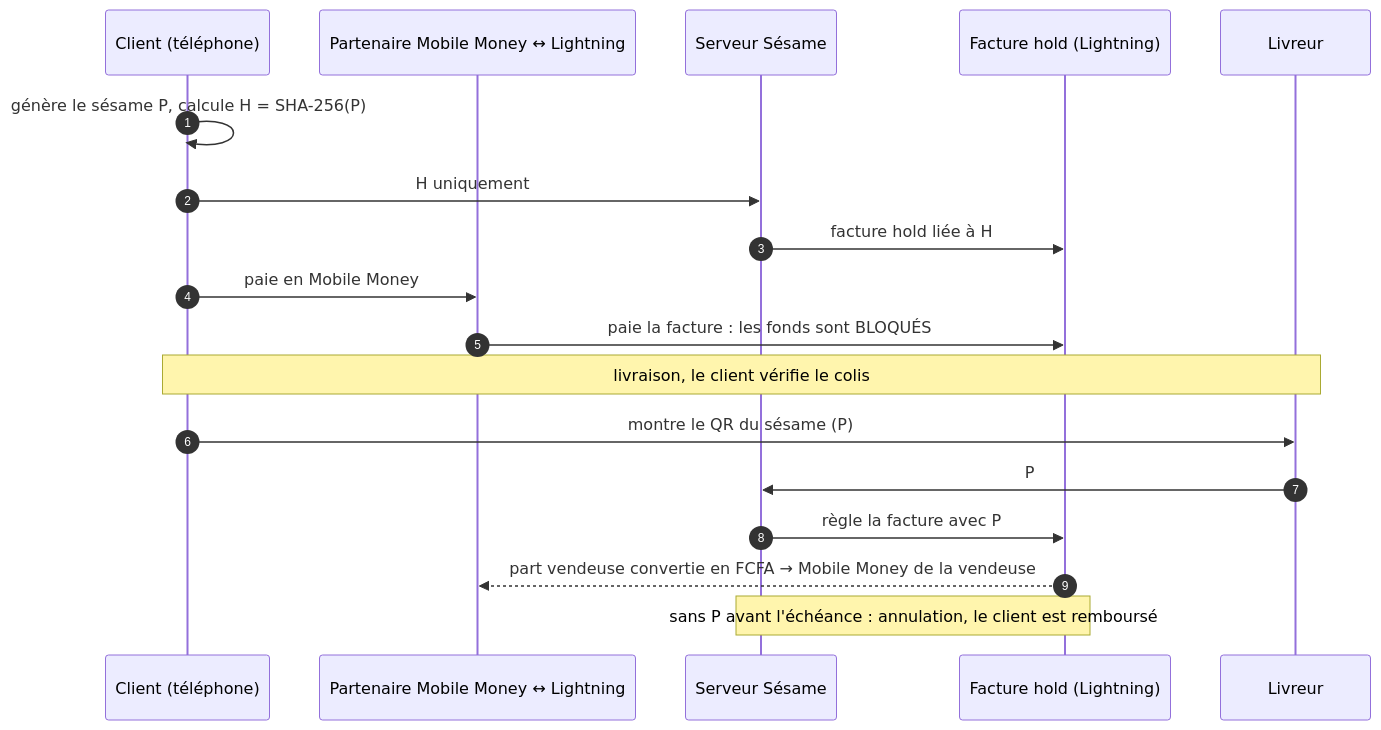
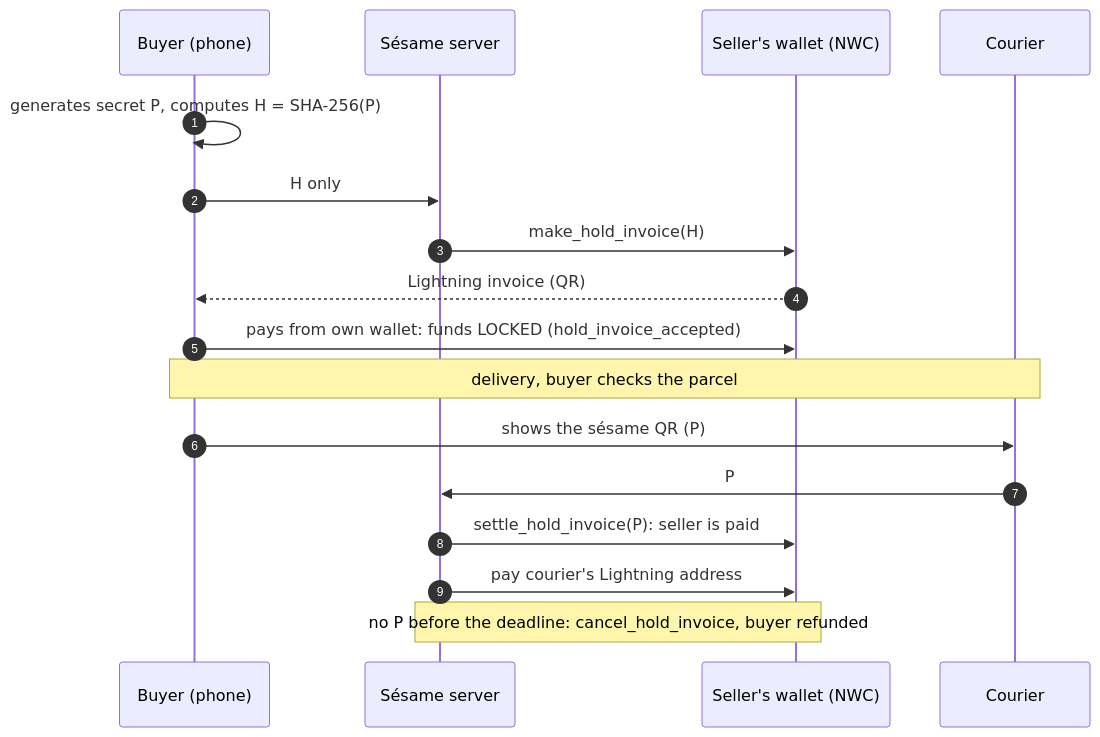
Before and after one commit to houezo-juste-second/sesame: the diagram in README.md, drawn with Mermaid. The commit also changed other lines of this file and 5 other files, not shown here.

First line of the commit message:
Docs in English for the hackathon: README, architecture, security and Devpost submission

````diff
--- a/README.md
+++ b/README.md
@@ -23,20 +27,19 @@
 ```mermaid
 sequenceDiagram
   autonumber
-  participant C as Client (téléphone)
-  participant P as Partenaire Mobile Money ↔ Lightning
-  participant S as Serveur Sésame
-  participant W as Facture hold (Lightning)
-  participant L as Livreur
-  C->>C: génère le sésame P, calcule H = SHA-256(P)
-  C->>S: H uniquement
-  S->>W: facture hold liée à H
-  C->>P: paie en Mobile Money
-  P->>W: paie la facture : les fonds sont BLOQUÉS
-  Note over C,L: livraison, le client vérifie le colis
-  C->>L: montre le QR du sésame (P)
-  L->>S: P
-  S->>W: règle la facture avec P
-  W-->>P: part vendeuse convertie en FCFA → Mobile Money de la vendeuse
-  Note over S,W: sans P avant l'échéance : annulation, le client est remboursé
+  participant B as Buyer (phone)
+  participant S as Sésame server
+  participant W as Seller's wallet (NWC)
+  participant C as Courier
+  B->>B: generates secret P, computes H = SHA-256(P)
+  B->>S: H only
+  S->>W: make_hold_invoice(H)
+  W-->>B: Lightning invoice (QR)
+  B->>W: pays from own wallet: funds LOCKED (hold_invoice_accepted)
+  Note over B,C: delivery, buyer checks the parcel
+  B->>C: shows the sésame QR (P)
+  C->>S: P
+  S->>W: settle_hold_invoice(P): seller is paid
+  S->>W: pay courier's Lightning address
+  Note over S,W: no P before the deadline: cancel_hold_invoice, buyer refunded
 ```
````
